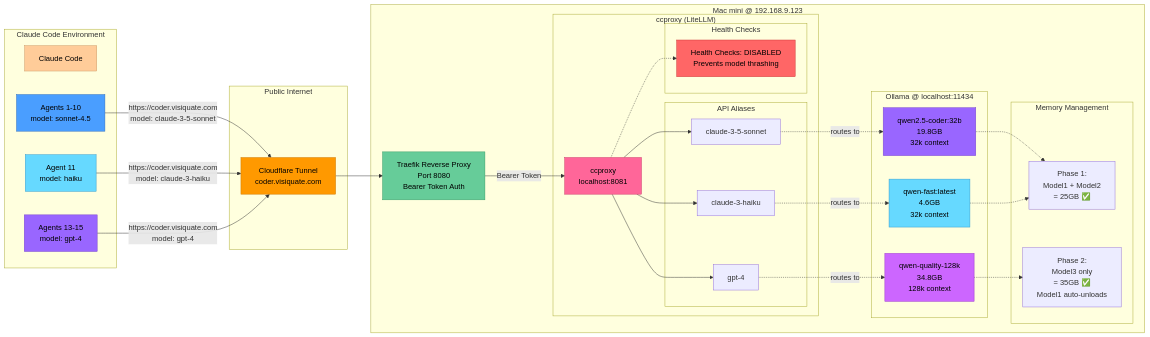
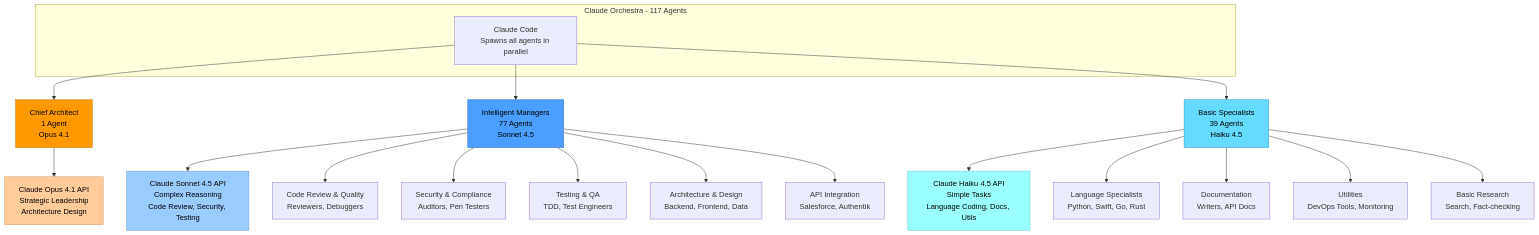
One commit to visiquate/cco changed the fourth of 8 diagrams in docs/ARCHITECTURE_DIAGRAMS.md. Above: the diagram before and after it, drawn with Mermaid. The commit also changed other lines of this file and 31 other files, not shown here.

````diff
--- a/docs/ARCHITECTURE_DIAGRAMS.md
+++ b/docs/ARCHITECTURE_DIAGRAMS.md
@@ -252,75 +232,34 @@
 ```mermaid
-graph LR
-    subgraph "Claude Code Environment"
-        CC[Claude Code]
-        Agent1[Agents 1-10<br/>model: sonnet-4.5]
-        Agent11[Agent 11<br/>model: haiku]
-        Agent13[Agents 13-15<br/>model: gpt-4]
+graph TD
+    subgraph "Claude Orchestra - 117 Agents"
+        CC[Claude Code<br/>Spawns all agents in parallel]
     end
 
-    subgraph "Public Internet"
-        CF[Cloudflare Tunnel<br/>coder.visiquate.com]
-    end
+    CC --> OpusAgent[Chief Architect<br/>1 Agent<br/>Opus 4.1]
+    CC --> SonnetAgents[Intelligent Managers<br/>77 Agents<br/>Sonnet 4.5]
+    CC --> HaikuAgents[Basic Specialists<br/>39 Agents<br/>Haiku 4.5]
 
-    subgraph "Mac mini @ 192.168.9.123"
-        Traefik[Traefik Reverse Proxy<br/>Port 8080<br/>Bearer Token Auth]
+    OpusAgent --> OpusAPI[Claude Opus 4.1 API<br/>Strategic Leadership<br/>Architecture Design]
 
-        subgraph "ccproxy (LiteLLM)"
-            Proxy[ccproxy<br/>localhost:8081]
+    SonnetAgents --> SonnetAPI[Claude Sonnet 4.5 API<br/>Complex Reasoning<br/>Code Review, Security, Testing]
 
-            subgraph "API Aliases"
-                Alias1[claude-3-5-sonnet]
-                Alias2[claude-3-haiku]
-                Alias3[gpt-4]
-            end
+    HaikuAgents --> HaikuAPI[Claude Haiku 4.5 API<br/>Simple Tasks<br/>Language Coding, Docs, Utils]
 
-            subgraph "Health Checks"
-                HC[Health Checks: DISABLED<br/>Prevents model thrashing]
-            end
-        end
+    SonnetAgents --> ReviewGroup[Code Review & Quality<br/>Reviewers, Debuggers]
+    SonnetAgents --> SecGroup[Security & Compliance<br/>Auditors, Pen Testers]
+    SonnetAgents --> TestGroup[Testing & QA<br/>TDD, Test Engineers]
+    SonnetAgents --> ArchGroup[Architecture & Design<br/>Backend, Frontend, Data]
+    SonnetAgents --> IntegGroup[API Integration<br/>Salesforce, Authentik]
 
-        subgraph "Ollama @ localhost:11434"
-            Model1[qwen2.5-coder:32b<br/>19.8GB<br/>32k context]
-            Model2[qwen-fast:latest<br/>4.6GB<br/>32k context]
-            Model3[qwen-quality-128k<br/>34.8GB<br/>128k context]
-        end
+    HaikuAgents --> CoderGroup[Language Specialists<br/>Python, Swift, Go, Rust]
+    HaikuAgents --> DocGroup[Documentation<br/>Writers, API Docs]
+    HaikuAgents --> UtilGroup[Utilities<br/>DevOps Tools, Monitoring]
+    HaikuAgents --> ResGroup[Basic Research<br/>Search, Fact-checking]
 
-        subgraph "Memory Management"
-            Phase1Mem[Phase 1:<br/>Model1 + Model2<br/>= 25GB ✅]
-            Phase2Mem[Phase 2:<br/>Model3 only<br/>= 35GB ✅<br/>Model1 auto-unloads]
-        end
-    end
-
-    Agent1 -->|https://coder.visiquate.com<br/>model: claude-3-5-sonnet| CF
-    Agent11 -->|https://coder.visiquate.com<br/>model: claude-3-haiku| CF
-    Agent13 -->|https://coder.visiquate.com<br/>model: gpt-4| CF
-
-    CF --> Traefik
-    Traefik -->|Bearer Token| Proxy
-
-    Proxy --> Alias1
-    Proxy --> Alias2
-    Proxy --> Alias3
-
-    Alias1 -.->|routes to| Model1
-    Alias2 -.->|routes to| Model2
-    Alias3 -.->|routes to| Model3
-
-    Model1 -.-> Phase1Mem
-    Model2 -.-> Phase1Mem
-    Model3 -.-> Phase2Mem
-
-    Proxy -.-> HC
-
-    style CC fill:#ffcc99,stroke:#cc9966,color:#000
-    style Agent1 fill:#4a9eff,stroke:#2e6cbb,color:#000
-    style Agent11 fill:#66d9ff,stroke:#3399cc,color:#000
-    style Agent13 fill:#9966ff,stroke:#7744cc,color:#000
-    style CF fill:#ff9900,stroke:#cc7700,color:#000
-    style Traefik fill:#66cc99,stroke:#339966,color:#000
-    style Proxy fill:#ff6699,stroke:#cc3366,color:#000
-    style Model1 fill:#9966ff,stroke:#7744cc,color:#000
-    style Model2 fill:#66d9ff,stroke:#3399cc,color:#000
-    style Model3 fill:#cc66ff,stroke:#9933cc,color:#000
-    style HC fill:#ff6666,stroke:#cc3333,color:#000
+    style OpusAgent fill:#ff9900,stroke:#cc7700,color:#000
+    style SonnetAgents fill:#4a9eff,stroke:#2e6cbb,color:#000
+    style HaikuAgents fill:#66d9ff,stroke:#3399cc,color:#000
+    style OpusAPI fill:#ffcc99,stroke:#cc9966,color:#000
+    style SonnetAPI fill:#99ccff,stroke:#6699cc,color:#000
+    style HaikuAPI fill:#99ffff,stroke:#66cccc,color:#000
 ```
````
